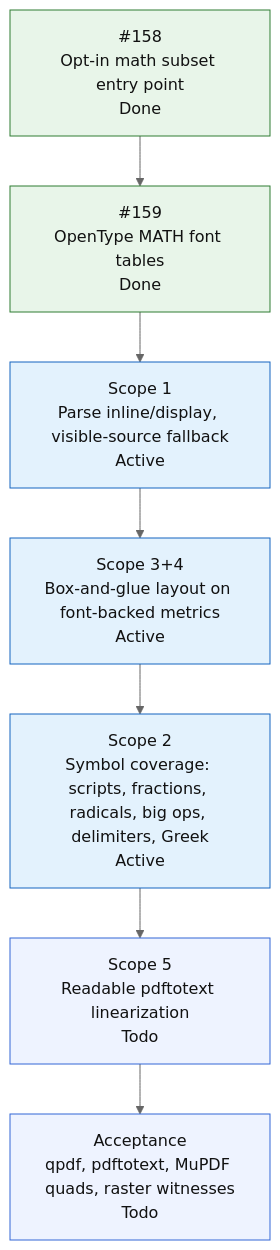
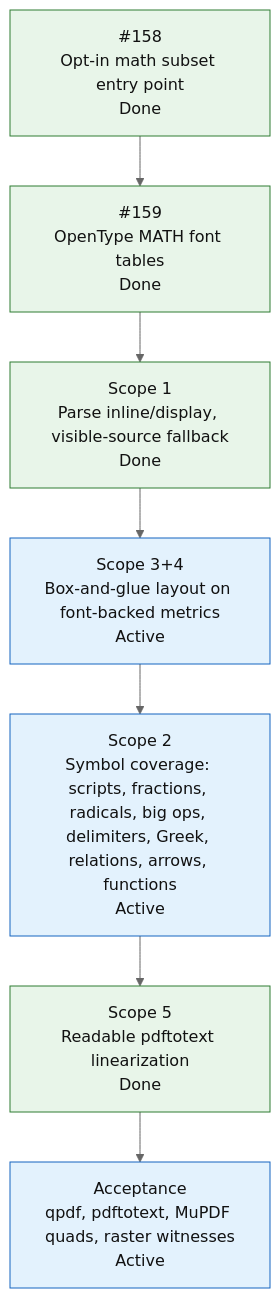
Before and after one commit to mihaelamj/MarkdownPDF: the fourth of 5 diagrams in README.md, drawn with Mermaid (neutral theme). The commit also changed 2 other files, not shown here.

Commit message:
feat(math): expand TeX-math symbol coverage (#131) (#165)
Add common relations, arrows, set/logic operators, function names, more
Greek letters, and limit-style big operators (lim/max/min/sup/inf/oint/
bigcup/bigcap/coprod) to the math symbol table. All display and extraction
strings stay printable ASCII for the portable text profile, and new symbols
flow through the existing parse, layout, emission, and linearization paths.

Add parser/linearizer witnesses for the expanded set and limit operators.

````diff
--- a/README.md
+++ b/README.md
@@ -538,21 +538,20 @@
 ```mermaid
 flowchart TD
     M0["#158<br/>Opt-in math subset entry point<br/>Done"]
     M1["#159<br/>OpenType MATH font tables<br/>Done"]
-    M2["Scope 1<br/>Parse inline/display, visible-source fallback<br/>Active"]
+    M2["Scope 1<br/>Parse inline/display, visible-source fallback<br/>Done"]
     M3["Scope 3+4<br/>Box-and-glue layout on font-backed metrics<br/>Active"]
-    M4["Scope 2<br/>Symbol coverage: scripts, fractions, radicals, big ops, delimiters, Greek<br/>Active"]
-    M5["Scope 5<br/>Readable pdftotext linearization<br/>Todo"]
-    M6["Acceptance<br/>qpdf, pdftotext, MuPDF quads, raster witnesses<br/>Todo"]
+    M4["Scope 2<br/>Symbol coverage: scripts, fractions, radicals, big ops, delimiters, Greek, relations, arrows, functions<br/>Active"]
+    M5["Scope 5<br/>Readable pdftotext linearization<br/>Done"]
+    M6["Acceptance<br/>qpdf, pdftotext, MuPDF quads, raster witnesses<br/>Active"]
 
     M0 --> M1 --> M2 --> M3 --> M4 --> M5 --> M6
 
     classDef done fill:#e8f5e9,stroke:#2e7d32,color:#111;
     classDef active fill:#e3f2fd,stroke:#1565c0,color:#111;
     classDef review fill:#f3e5f5,stroke:#7b1fa2,color:#111;
     classDef next fill:#fff8e1,stroke:#f9a825,color:#111;
     classDef todo fill:#eef3ff,stroke:#3367d6,color:#111;
-    class M0,M1 done;
-    class M2,M3,M4 active;
-    class M5,M6 todo;
+    class M0,M1,M2,M5 done;
+    class M3,M4,M6 active;
 ```
````
